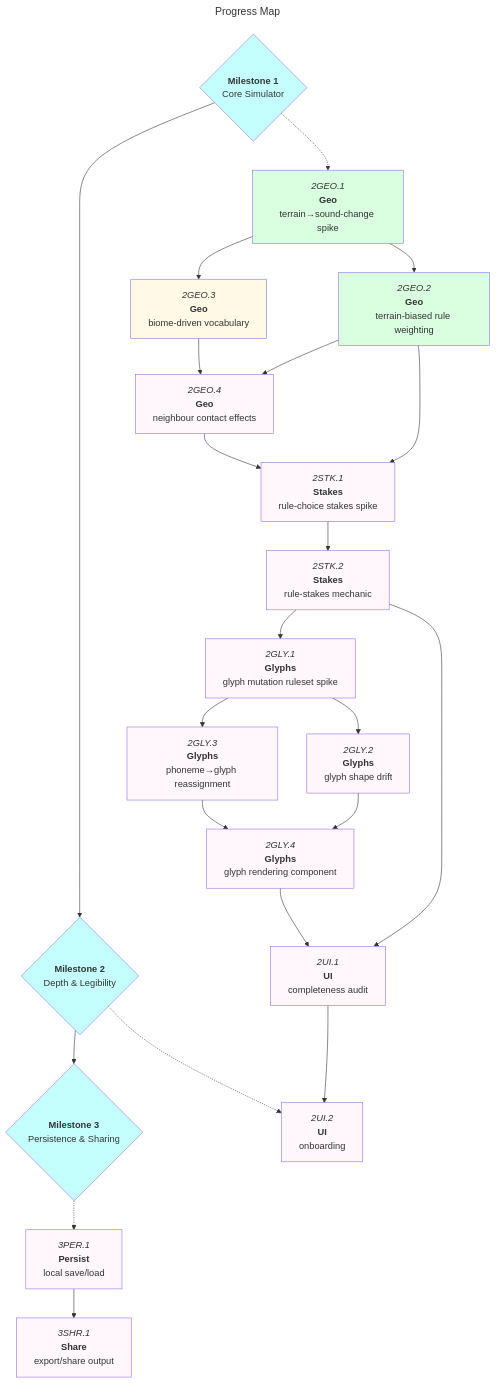
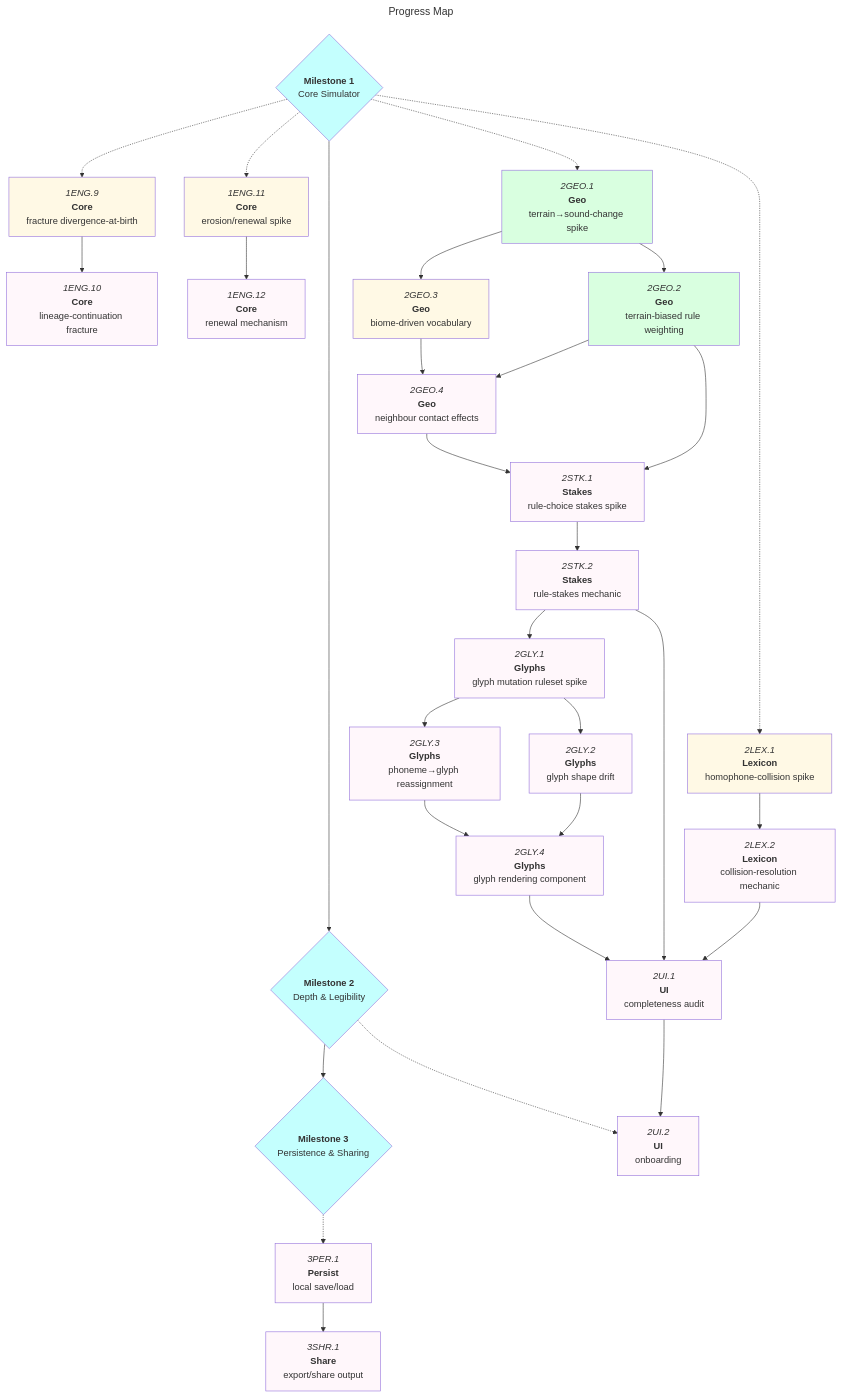
One commit to JasonWarrenUK/the-tongue changed the diagram in docs/roadmaps/mvp.md. Above: the diagram before and after it, drawn with Mermaid. The commit also changed other lines of this file, not shown here.

First line of the commit message:
docs(roadmap): triage fracture, erosion, and homophone bugs

````diff
--- a/docs/roadmaps/mvp.md
+++ b/docs/roadmaps/mvp.md
@@ -93,55 +106,70 @@
 ```mermaid
 ---
 title: Progress Map
 ---
 graph TD
 
 m1{"`**Milestone 1**<br/>Core Simulator`"}:::mile
 m2{"`**Milestone 2**<br/>Depth & Legibility`"}:::mile
 m3{"`**Milestone 3**<br/>Persistence & Sharing`"}:::mile
 
 m1 --> m2
 m2 --> m3
 
+1ENG9["`*1ENG.9*<br/>**Core**<br/>fracture divergence-at-birth`"]:::open
+1ENG10["`*1ENG.10*<br/>**Core**<br/>lineage-continuation fracture`"]
+1ENG11["`*1ENG.11*<br/>**Core**<br/>erosion/renewal spike`"]:::open
+1ENG12["`*1ENG.12*<br/>**Core**<br/>renewal mechanism`"]
+
 2GEO.1["`*2GEO.1*<br/>**Geo**<br/>terrain→sound-change spike`"]:::done
 2GEO.2["`*2GEO.2*<br/>**Geo**<br/>terrain-biased rule weighting`"]:::done
 2GEO.3["`*2GEO.3*<br/>**Geo**<br/>biome-driven vocabulary`"]:::open
 2GEO.4["`*2GEO.4*<br/>**Geo**<br/>neighbour contact effects`"]
 2STK.1["`*2STK.1*<br/>**Stakes**<br/>rule-choice stakes spike`"]
 2STK.2["`*2STK.2*<br/>**Stakes**<br/>rule-stakes mechanic`"]
 2GLY.1["`*2GLY.1*<br/>**Glyphs**<br/>glyph mutation ruleset spike`"]
 2GLY.2["`*2GLY.2*<br/>**Glyphs**<br/>glyph shape drift`"]
 2GLY.3["`*2GLY.3*<br/>**Glyphs**<br/>phoneme→glyph reassignment`"]
 2GLY.4["`*2GLY.4*<br/>**Glyphs**<br/>glyph rendering component`"]
+2LEX1["`*2LEX.1*<br/>**Lexicon**<br/>homophone-collision spike`"]:::open
+2LEX2["`*2LEX.2*<br/>**Lexicon**<br/>collision-resolution mechanic`"]
 2UI.1["`*2UI.1*<br/>**UI**<br/>completeness audit`"]
 2UI.2["`*2UI.2*<br/>**UI**<br/>onboarding`"]
 
 3PER.1["`*3PER.1*<br/>**Persist**<br/>local save/load`"]
 3SHR.1["`*3SHR.1*<br/>**Share**<br/>export/share output`"]
+
+1ENG9 --> 1ENG10
+1ENG11 --> 1ENG12
 
 2GEO.1 --> 2GEO.2
 2GEO.1 --> 2GEO.3
 2GEO.2 --> 2GEO.4
 2GEO.3 --> 2GEO.4
 2GEO.2 --> 2STK.1
 2GEO.4 --> 2STK.1
 2STK.1 --> 2STK.2
 2STK.2 --> 2GLY.1
 2GLY.1 --> 2GLY.2
 2GLY.1 --> 2GLY.3
 2GLY.2 --> 2GLY.4
 2GLY.3 --> 2GLY.4
+2LEX1 --> 2LEX2
+2LEX2 --> 2UI.1
 2STK.2 --> 2UI.1
 2GLY.4 --> 2UI.1
 2UI.1 --> 2UI.2
 3PER.1 --> 3SHR.1
 
 m1 -.-> 2GEO.1
+m1 -.-> 1ENG9
+m1 -.-> 1ENG11
+m1 -.-> 2LEX1
 m2 -.-> 2UI.2
 m3 -.-> 3PER.1
 
 classDef default,blocked fill:#fff7fb;
 classDef open fill:#fff9e5;
 classDef done fill:#d9ffe0;
 classDef mile fill:#c4fffe;
 ```
````
